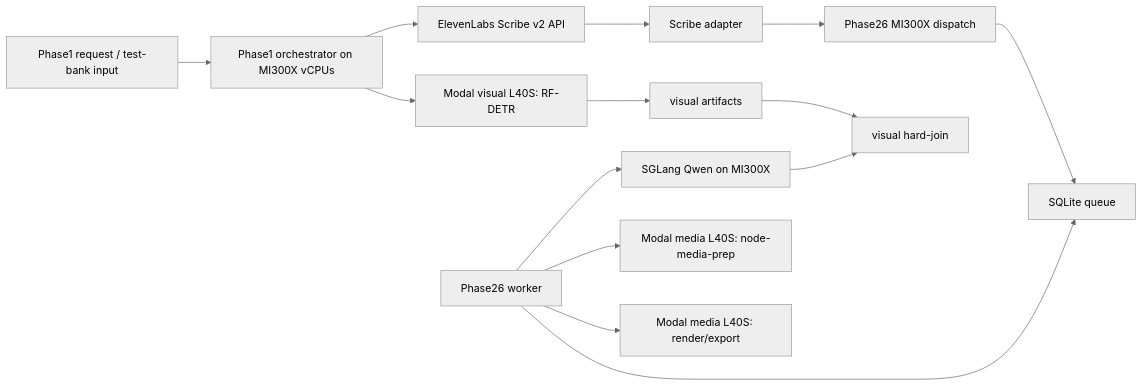
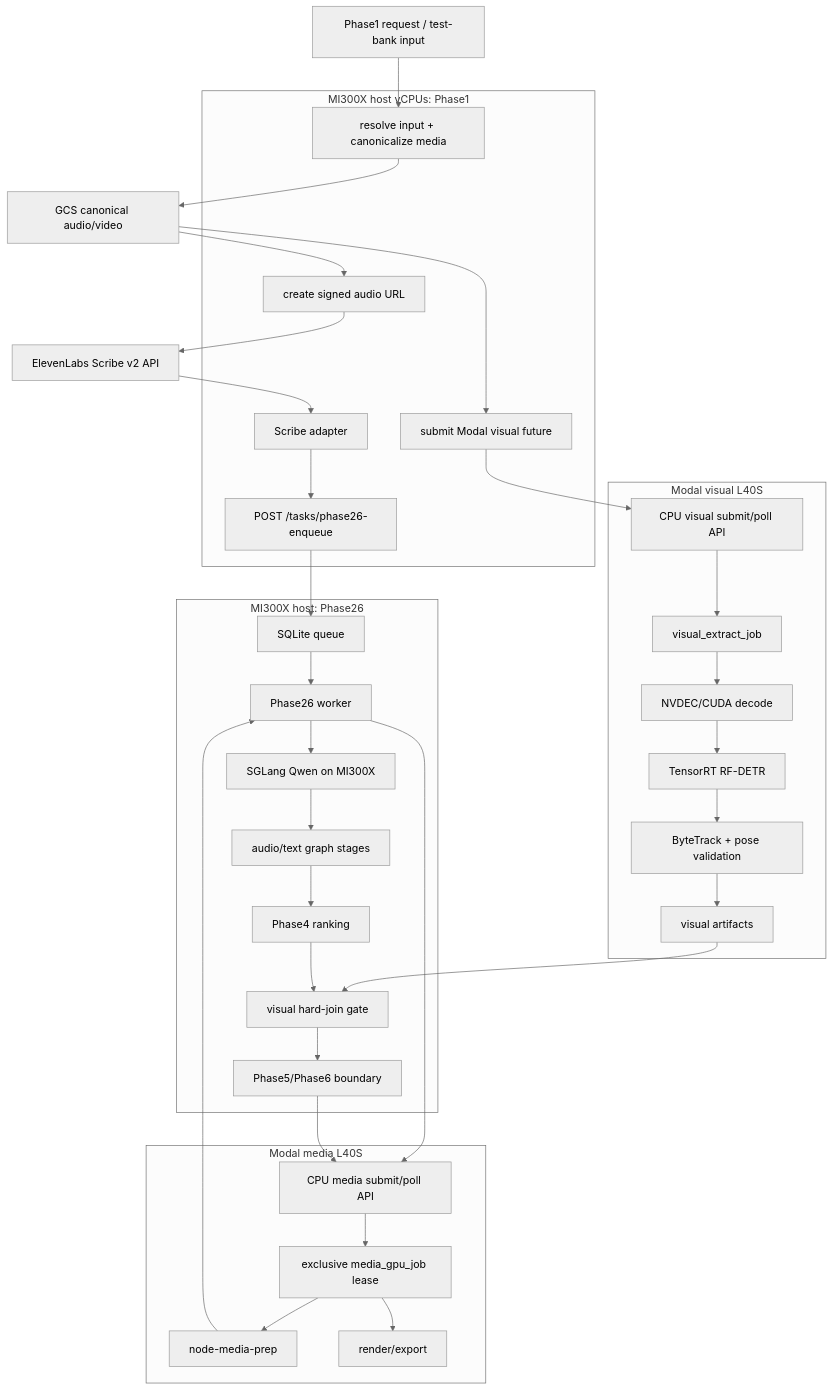
One commit to ClyptAI/Clypt-Backend changed the first of 4 diagrams in docs/specs/2026-05-02_scribe_v2_modal_l40s_phase1_phase26_refactor_spec.md. Above: the diagram before and after it, drawn with Mermaid (neutral theme). The commit also changed other lines of this file and 8 other files, not shown here.

````diff
--- a/docs/specs/2026-05-02_scribe_v2_modal_l40s_phase1_phase26_refactor_spec.md
+++ b/docs/specs/2026-05-02_scribe_v2_modal_l40s_phase1_phase26_refactor_spec.md
@@ -102,16 +102,50 @@
 ```mermaid
-flowchart LR
-  USER["Phase1 request / test-bank input"] --> P1["Phase1 orchestrator on MI300X vCPUs"]
-  P1 --> SCRIBE["ElevenLabs Scribe v2 API"]
-  P1 --> VIS["Modal visual L40S: RF-DETR"]
-  SCRIBE --> ADAPT["Scribe adapter"]
-  ADAPT --> P26["Phase26 MI300X dispatch"]
-  P26 --> Q["SQLite queue"]
-  W["Phase26 worker"] --> Q
-  W --> SGL["SGLang Qwen on MI300X"]
-  VIS --> VOUT["visual artifacts"]
-  VOUT --> JOIN["visual hard-join"]
-  SGL --> JOIN
-  W --> MEDIA["Modal media L40S: node-media-prep"]
-  W --> RENDER["Modal media L40S: render/export"]
+flowchart TD
+  USER["Phase1 request / test-bank input"]
+  GCS["GCS canonical audio/video"]
+  SCRIBE["ElevenLabs Scribe v2 API"]
+
+  subgraph P1HOST["MI300X host vCPUs: Phase1"]
+    INGEST["resolve input + canonicalize media"]
+    SIGN["create signed audio URL"]
+    VSUB["submit Modal visual future"]
+    ADAPT["Scribe adapter"]
+    P26POST["POST /tasks/phase26-enqueue"]
+  end
+
+  subgraph VIS["Modal visual L40S"]
+    VAPI["CPU visual submit/poll API"]
+    VJOB["visual_extract_job"]
+    VDECODE["NVDEC/CUDA decode"]
+    VDET["TensorRT RF-DETR"]
+    VTRACK["ByteTrack + pose validation"]
+    VOUT["visual artifacts"]
+  end
+
+  subgraph P26["MI300X host: Phase26"]
+    Q["SQLite queue"]
+    W["Phase26 worker"]
+    SGL["SGLang Qwen on MI300X"]
+    AUD["audio/text graph stages"]
+    JOIN["visual hard-join gate"]
+    RANK["Phase4 ranking"]
+    P56["Phase5/Phase6 boundary"]
+  end
+
+  subgraph MEDIA["Modal media L40S"]
+    MAPI["CPU media submit/poll API"]
+    LEASE["exclusive media_gpu_job lease"]
+    PREP["node-media-prep"]
+    RENDER["render/export"]
+  end
+
+  USER --> INGEST --> GCS
+  GCS --> SIGN --> SCRIBE --> ADAPT --> P26POST --> Q --> W
+  GCS --> VSUB --> VAPI --> VJOB --> VDECODE --> VDET --> VTRACK --> VOUT
+  W --> SGL --> AUD --> RANK
+  VOUT --> JOIN
+  RANK --> JOIN --> P56
+  W --> MAPI --> LEASE --> PREP --> W
+  P56 --> MAPI
+  LEASE --> RENDER
 ```
````
